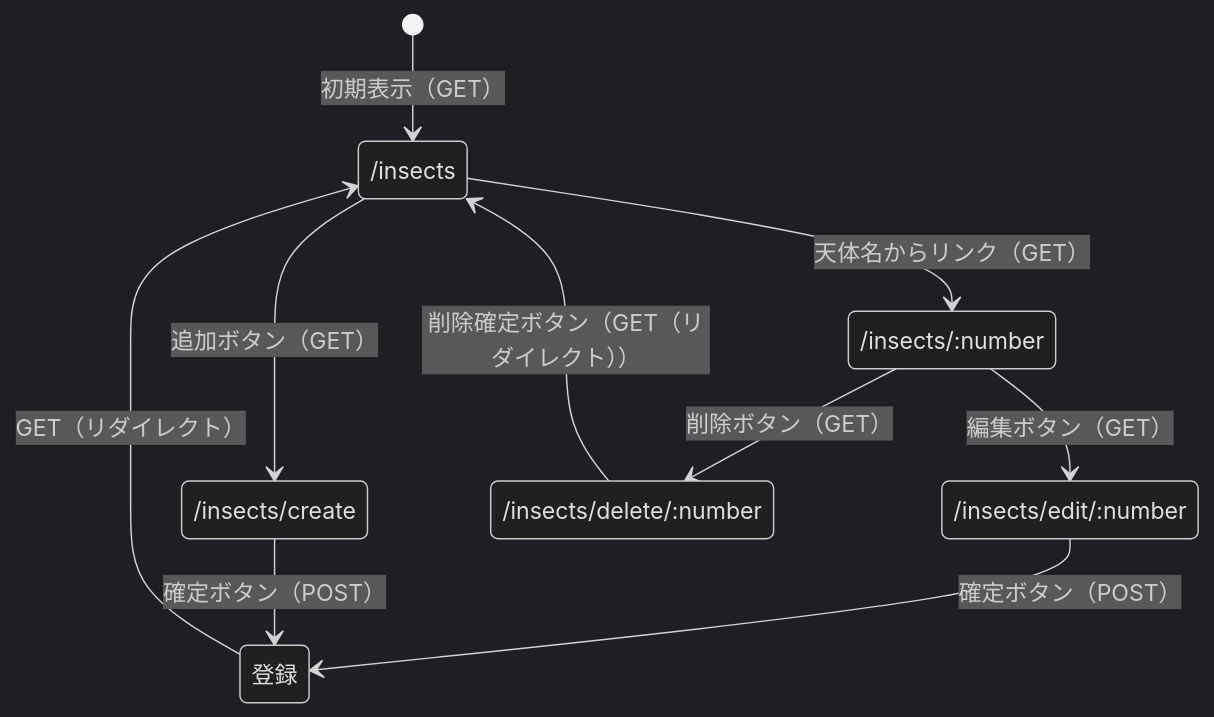
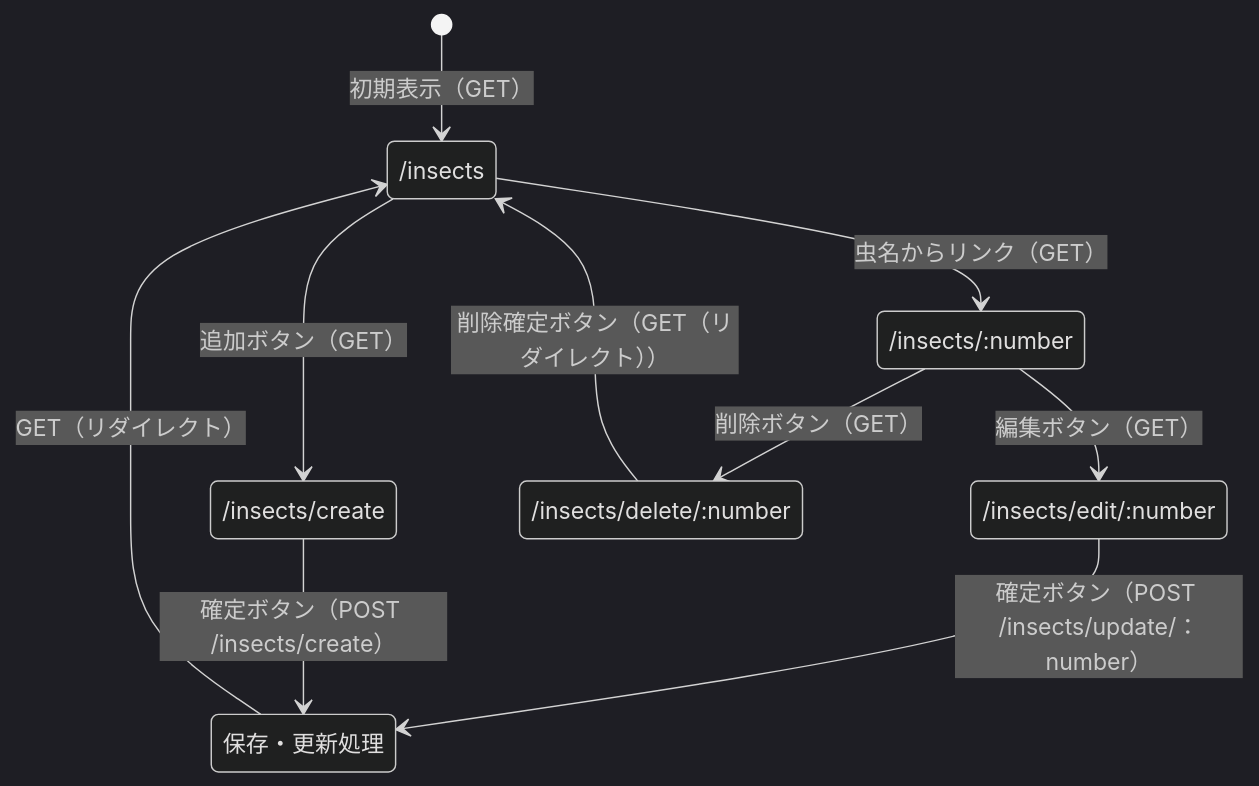
Before and after one commit to s25g1001ep-sudo/webpro_06: the third of 3 diagrams in spec.md, drawn with Mermaid (dark theme). The commit also changed other lines of this file and 2 other files, not shown here.

````diff
--- a/spec.md
+++ b/spec.md
@@ -95,20 +96,21 @@
 ```mermaid
 stateDiagram-v2
     
     state "/insects" as /solar
     state "/insects/:number" as /detail
     state "/insects/create" as /add
     state "/insects/edit/:number" as /edit
     state "/insects/delete/:number" as /delete
+    state "保存・更新処理" as 登録
 
     
     [*] --> /solar: 初期表示（GET）
-    /solar --> /detail: 天体名からリンク（GET）
+    /solar --> /detail: 虫名からリンク（GET）
     /detail --> /edit: 編集ボタン（GET）
-    /edit --> 登録: 確定ボタン（POST）
+    /edit --> 登録: 確定ボタン（POST /insects/update/：number）
     登録 --> /solar: GET（リダイレクト）
     /solar --> /add: 追加ボタン（GET）
-    /add --> 登録: 確定ボタン（POST）
+    /add --> 登録: 確定ボタン（POST /insects/create）
     /detail --> /delete: 削除ボタン（GET）
     /delete --> /solar: 削除確定ボタン（GET（リダイレクト））
 ```
````
